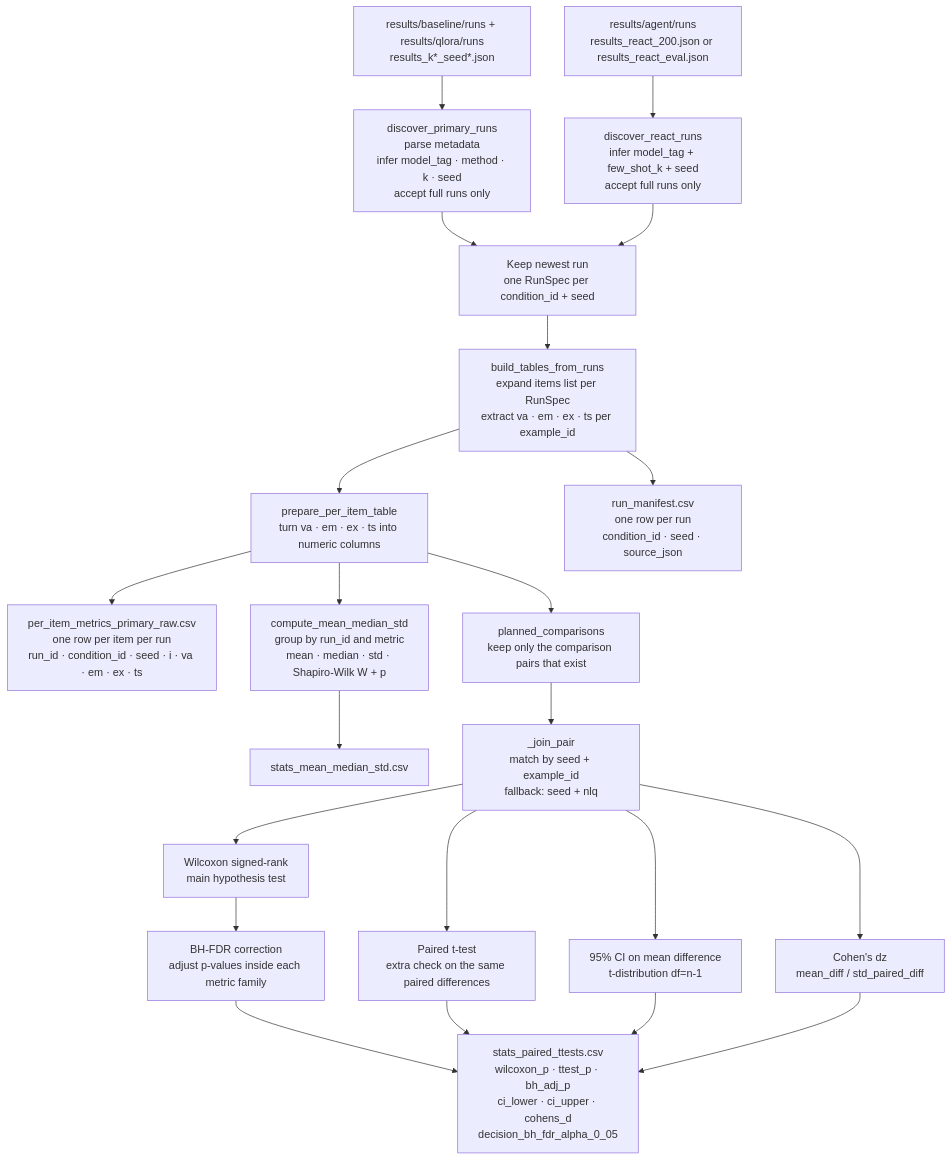
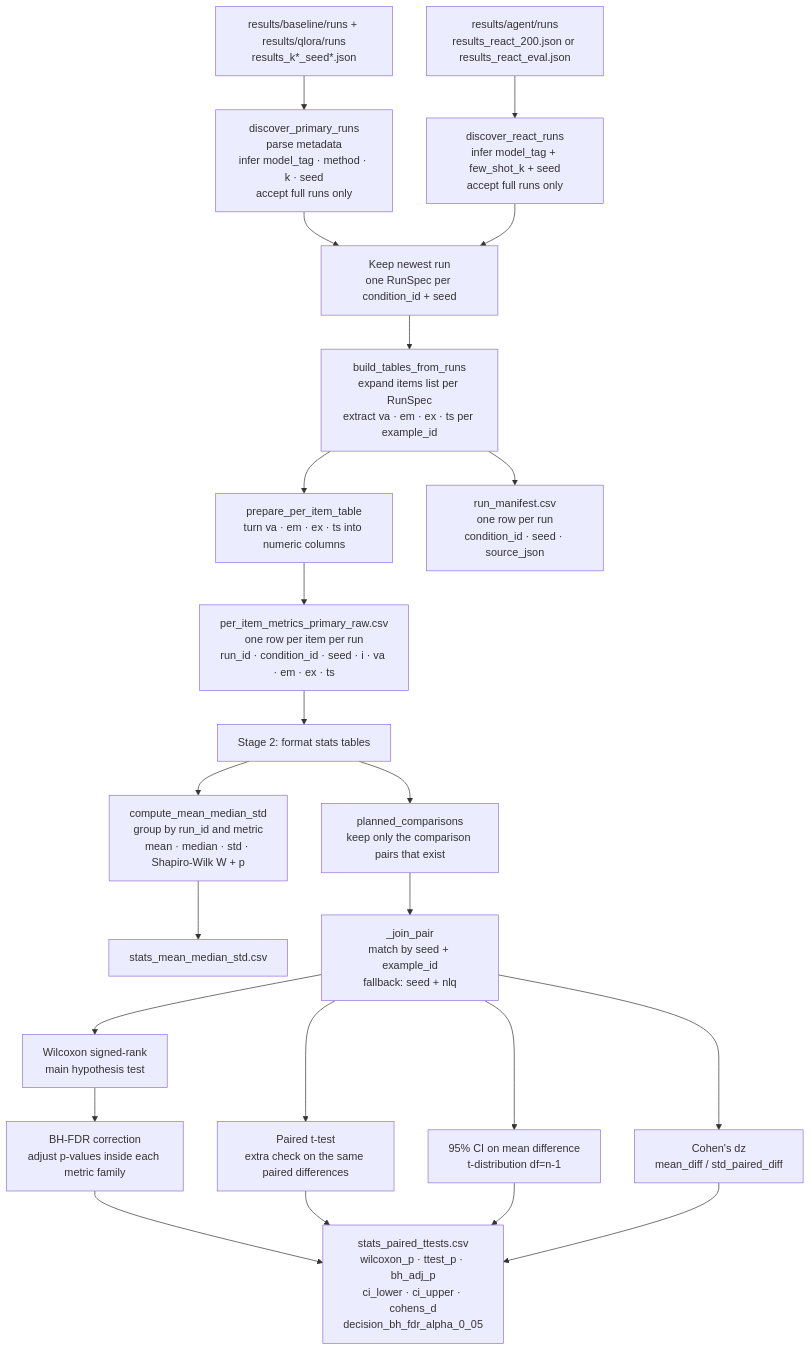
Before and after one commit to MacKenzieOBrian/NLtoSQL: the fourth of 6 diagrams in diagrams.md, drawn with Mermaid. The commit also changed other lines of this file and 3 other files, not shown here.

Commit message:
docs: align architecture narrative with simplified workflow

````diff
--- a/diagrams.md
+++ b/diagrams.md
@@ -216,33 +221,34 @@
 ```mermaid
 flowchart TD
     A1[results/baseline/runs + results/qlora/runs\nresults_k*_seed*.json] --> DISC[discover_primary_runs\nparse metadata\ninfer model_tag · method · k · seed\naccept full runs only]
     A2[results/agent/runs\nresults_react_200.json or results_react_eval.json] --> RDISC[discover_react_runs\ninfer model_tag + few_shot_k + seed\naccept full runs only]
 
     DISC --> DEDUP[Keep newest run\none RunSpec per condition_id + seed]
     RDISC --> DEDUP
 
     DEDUP --> BUILD[build_tables_from_runs\nexpand items list per RunSpec\nextract va · em · ex · ts per example_id]
     BUILD --> PREP[prepare_per_item_table\nturn va · em · ex · ts into numeric columns]
 
+    BUILD --> MCSV[run_manifest.csv\none row per run\ncondition_id · seed · source_json]
     PREP --> PCSV[per_item_metrics_primary_raw.csv\none row per item per run\nrun_id · condition_id · seed · i · va · em · ex · ts]
-    BUILD --> MCSV[run_manifest.csv\none row per run\ncondition_id · seed · source_json]
 
-    PREP --> STATS[compute_mean_median_std\ngroup by run_id and metric\nmean · median · std · Shapiro-Wilk W + p]
+    PCSV --> STAGE2[Stage 2: format stats tables]
+    STAGE2 --> STATS[compute_mean_median_std\ngroup by run_id and metric\nmean · median · std · Shapiro-Wilk W + p]
     STATS --> SCSV[stats_mean_median_std.csv]
 
-    PREP --> PAIRS[planned_comparisons\nkeep only the comparison pairs that exist]
+    STAGE2 --> PAIRS[planned_comparisons\nkeep only the comparison pairs that exist]
 
     PAIRS --> JOIN[_join_pair\nmatch by seed + example_id\nfallback: seed + nlq]
 
     JOIN --> WILCOX[Wilcoxon signed-rank\nmain hypothesis test]
     JOIN --> TTEST[Paired t-test\nextra check on the same paired differences]
     JOIN --> CI[95% CI on mean difference\nt-distribution df=n-1]
     JOIN --> COHEN[Cohen's dz\nmean_diff / std_paired_diff]
 
     WILCOX --> BH[BH-FDR correction\nadjust p-values inside each metric family]
 
     BH --> TCSV[stats_paired_ttests.csv\nwilcoxon_p · ttest_p · bh_adj_p\nci_lower · ci_upper · cohens_d\ndecision_bh_fdr_alpha_0_05]
     TTEST --> TCSV
     CI --> TCSV
     COHEN --> TCSV
 ```
````
